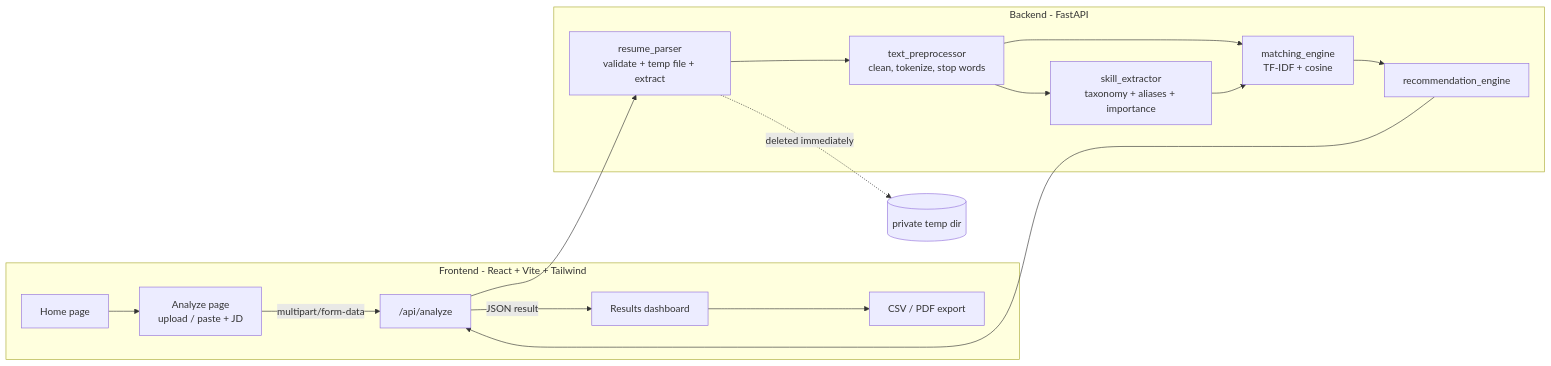
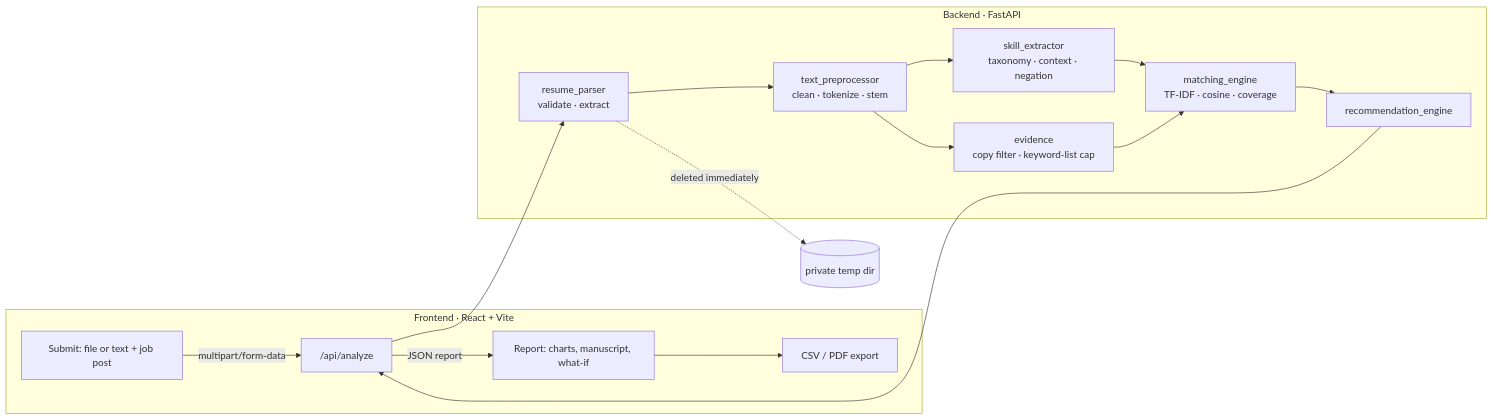
Before and after one commit to finding-archit/resume-broadsheet: the diagram in README.md, drawn with Mermaid. The commit also changed other lines of this file and 29 other files, not shown here.

````diff
--- a/README.md
+++ b/README.md
@@ -65,21 +140,19 @@
 ```mermaid
 flowchart LR
-    subgraph Browser["Frontend - React + Vite + Tailwind"]
-        A[Home page] --> B[Analyze page<br/>upload / paste + JD]
-        B -->|multipart/form-data| API
-        API -->|JSON result| C[Results dashboard]
-        C --> D[CSV / PDF export]
+    subgraph Browser["Frontend · React + Vite"]
+        A[Submit: file or text + job post] -->|multipart/form-data| API
+        API -->|JSON report| R[Report: charts, manuscript, what-if]
+        R --> X[CSV / PDF export]
     end
-
-    subgraph Server["Backend - FastAPI"]
-        API["/api/analyze"] --> P[resume_parser<br/>validate + temp file + extract]
-        P --> T[text_preprocessor<br/>clean, tokenize, stop words]
-        T --> S[skill_extractor<br/>taxonomy + aliases + importance]
-        T --> M[matching_engine<br/>TF-IDF + cosine]
-        S --> M
-        M --> R[recommendation_engine]
-        R --> API
+    subgraph Server["Backend · FastAPI"]
+        API["/api/analyze"] --> P[resume_parser<br/>validate · extract]
+        P --> T[text_preprocessor<br/>clean · tokenize · stem]
+        T --> S[skill_extractor<br/>taxonomy · context · negation]
+        T --> E[evidence<br/>copy filter · keyword-list cap]
+        S --> M[matching_engine<br/>TF-IDF · cosine · coverage]
+        E --> M
+        M --> C[recommendation_engine]
+        C --> API
     end
-
     P -. deleted immediately .-> TMP[(private temp dir)]
 ```
````
